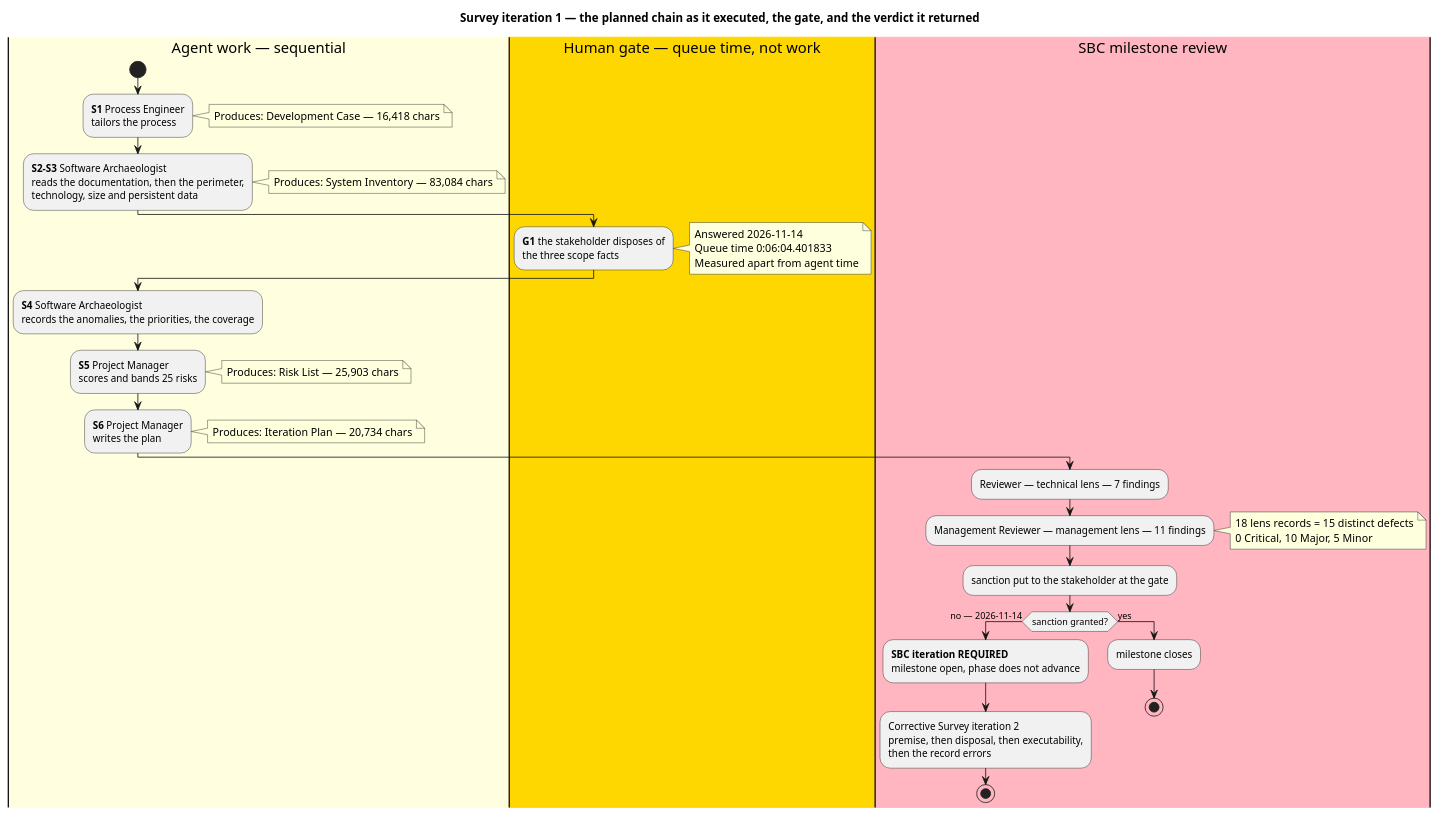
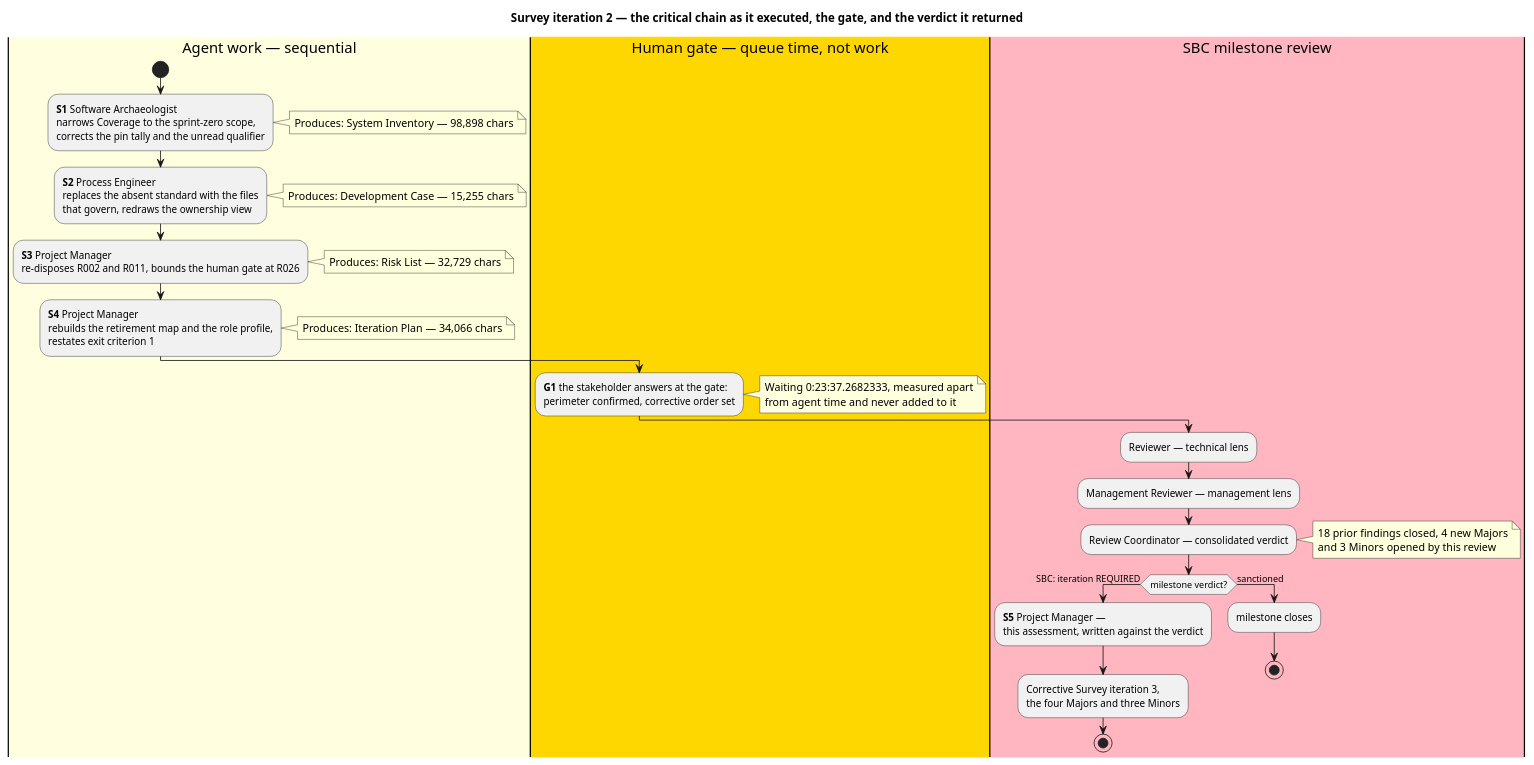
The first of 4 diagrams in docs/artifacts/project-management/iteration-assessment.md (banense-test/TodoApp), drawn with PlantUML before and after one commit. The commit also changed other lines of this file, not shown here.

Commit message:
Project Manager [Survey2]: upsert Iteration Assessment
[skip ci]

````diff
--- a/docs/artifacts/project-management/iteration-assessment.md
+++ b/docs/artifacts/project-management/iteration-assessment.md
@@ -9,66 +8,62 @@
 ```plantuml
 @startuml
-title Survey iteration 1 — the planned chain as it executed, the gate, and the verdict it returned
+title Survey iteration 2 — the critical chain as it executed, the gate, and the verdict it returned
 skinparam shadowing false
 
 |#LightYellow|Agent work — sequential|
 start
-:<b>S1</b> Process Engineer
-tailors the process;
+:<b>S1</b> Software Archaeologist
+narrows Coverage to the sprint-zero scope,
+corrects the pin tally and the unread qualifier;
 note right
-  Produces: Development Case — 16,418 chars
+  Produces: System Inventory — 98,898 chars
 end note
 
-:<b>S2-S3</b> Software Archaeologist
-reads the documentation, then the perimeter,
-technology, size and persistent data;
+:<b>S2</b> Process Engineer
+replaces the absent standard with the files
+that govern, redraws the ownership view;
 note right
-  Produces: System Inventory — 83,084 chars
+  Produces: Development Case — 15,255 chars
+end note
+
+:<b>S3</b> Project Manager
+re-disposes R002 and R011, bounds the human gate at R026;
+note right
+  Produces: Risk List — 32,729 chars
+end note
+
+:<b>S4</b> Project Manager
+rebuilds the retirement map and the role profile,
+restates exit criterion 1;
+note right
+  Produces: Iteration Plan — 34,066 chars
 end note
 
 |#Gold|Human gate — queue time, not work|
-:<b>G1</b> the stakeholder disposes of
-the three scope facts;
+:<b>G1</b> the stakeholder answers at the gate:
+perimeter confirmed, corrective order set;
 note right
-  Answered 2026-11-14
-  Queue time 0:06:04.401833
-  Measured apart from agent time
-end note
-
-|#LightYellow|Agent work — sequential|
-:<b>S4</b> Software Archaeologist
-records the anomalies, the priorities, the coverage;
-
-:<b>S5</b> Project Manager
-scores and bands 25 risks;
-note right
-  Produces: Risk List — 25,903 chars
-end note
-
-:<b>S6</b> Project Manager
-writes the plan;
-note right
-  Produces: Iteration Plan — 20,734 chars
+  Waiting 0:23:37.2682333, measured apart
+  from agent time and never added to it
 end note
 
 |#LightPink|SBC milestone review|
-:Reviewer — technical lens — 7 findings;
-:Management Reviewer — management lens — 11 findings;
+:Reviewer — technical lens;
+:Management Reviewer — management lens;
+:Review Coordinator — consolidated verdict;
 note right
-  18 lens records = 15 distinct defects
-  0 Critical, 10 Major, 5 Minor
+  18 prior findings closed, 4 new Majors
+  and 3 Minors opened by this review
 end note
-:sanction put to the stakeholder at the gate;
-if (sanction granted?) then (no — 2026-11-14)
-  :<b>SBC iteration REQUIRED</b>
-  milestone open, phase does not advance;
-  :Corrective Survey iteration 2
-  premise, then disposal, then executability,
-  then the record errors;
+if (milestone verdict?) then (SBC: iteration REQUIRED)
+  :<b>S5</b> Project Manager —
+  this assessment, written against the verdict;
+  :Corrective Survey iteration 3,
+  the four Majors and three Minors;
   stop
-else (yes)
+else (sanctioned)
   :milestone closes;
   stop
 endif
 @enduml
 ```
````
